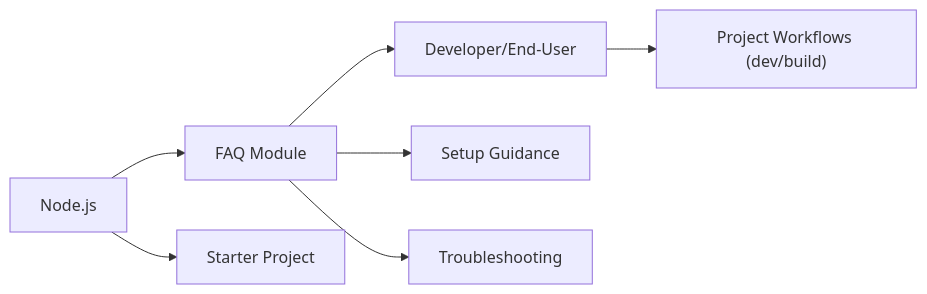
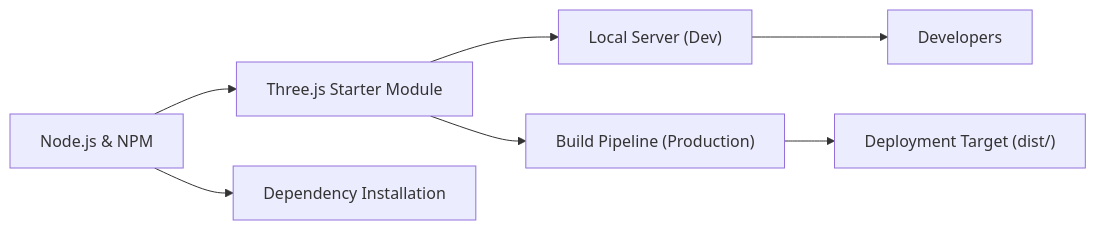
The diagram in .shelfya/starter/faq.md (NicoooM/three-js-test), drawn with Mermaid before and after one commit. The commit also changed other lines of this file and 15 other files, not shown here.

````diff
--- a/.shelfya/starter/faq.md
+++ b/.shelfya/starter/faq.md
@@ -40,8 +34,8 @@
 ```mermaid
 flowchart LR
-  nodejs["Node.js"] --> faqModule["FAQ Module"] --> user["Developer/End-User"]
-  nodejs --> starterProject["Starter Project"]
-  faqModule --> setup["Setup Guidance"]
-  faqModule --> troubleshooting["Troubleshooting"]
-  user --> workflow["Project Workflows (dev/build)"]
+  nodejs["Node.js & NPM"] --> threejsStarter["Three.js Starter Module"] --> localServer["Local Server (Dev)"]
+  nodejs --> depsInstall["Dependency Installation"]
+  threejsStarter --> buildPipeline["Build Pipeline (Production)"]
+  localServer --> developers["Developers"]
+  buildPipeline --> deployment["Deployment Target (dist/)"]
 ```
````
